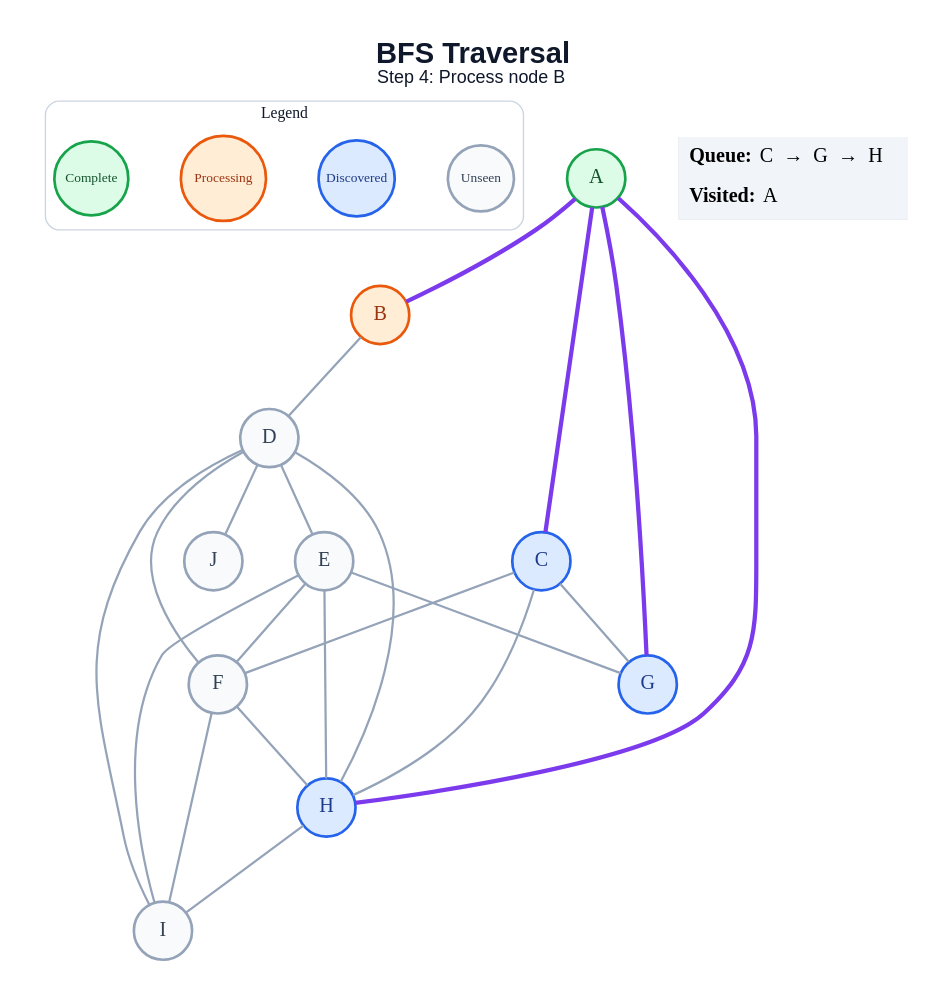
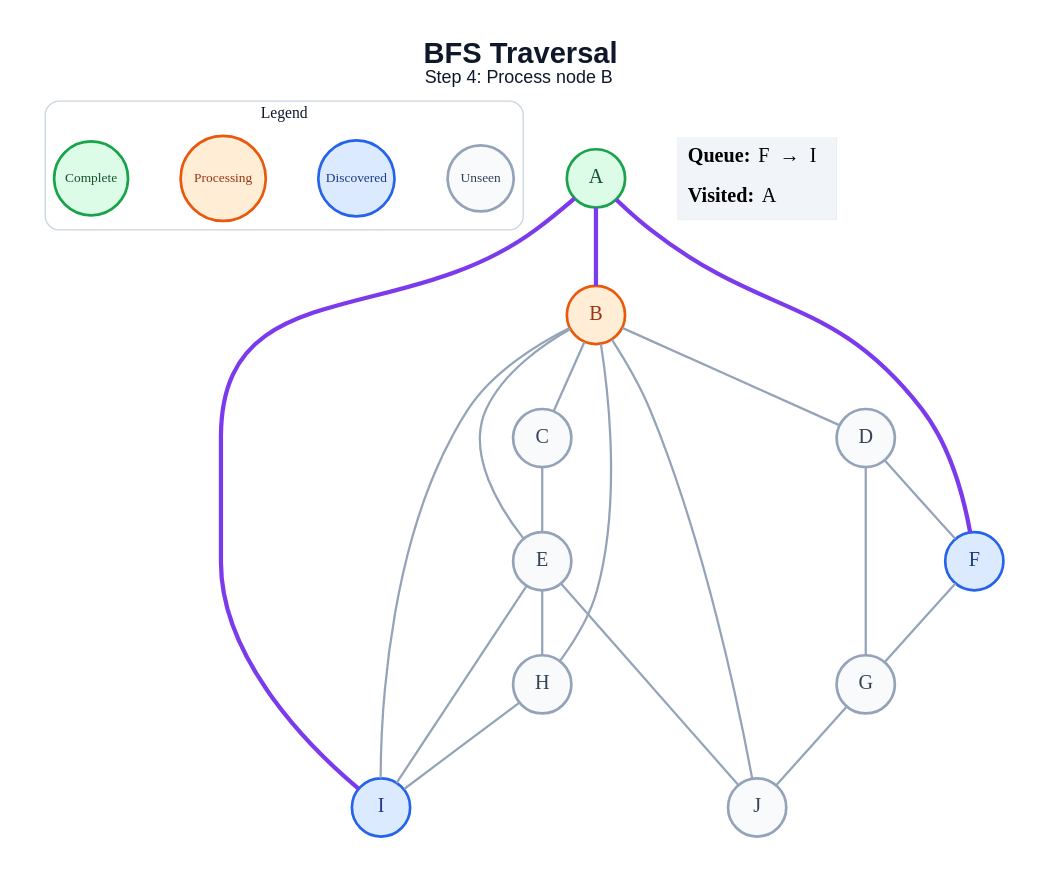
One commit to amanghodawala9/ai-slop changed the diagram in generated/bfs/step_04.dot. Above: the diagram before and after it, drawn with Graphviz. The commit also changed 178 other files, not shown here.

```diff
--- a/generated/bfs/step_04.dot
+++ b/generated/bfs/step_04.dot
@@ -1,49 +1,47 @@
 graph traversal {
   graph [layout=dot, rankdir=TB, bgcolor="#FFFFFF", pad="0.35", nodesep="0.65", ranksep="0.8", fontname="Arial"];
   node [shape=circle, style="filled", fontname="Arial Bold", fontsize=18, width=0.72, fixedsize=true, penwidth=2.4];
   edge [color="#94A3B8", penwidth=2.0];
   label=<<B>BFS Traversal</B><BR/><FONT POINT-SIZE="16">Step 4: Process node B</FONT>>; labelloc="t"; fontsize=26; fontname="Arial"; fontcolor="#0F172A";
   subgraph cluster_legend { label="Legend"; color="#CBD5E1"; penwidth=1.2; style="rounded"; fontsize=14; fontname="Arial Bold";
     key_unseen [label="Unseen", fillcolor="#F8FAFC", color="#94A3B8", fontcolor="#334155", fontsize=12, width=0.82];
     key_frontier [label="Discovered", fillcolor="#DBEAFE", color="#2563EB", fontcolor="#1E3A8A", fontsize=12, width=0.95];
     key_current [label="Processing", fillcolor="#FFEDD5", color="#EA580C", fontcolor="#9A3412", fontsize=12, width=1.05];
     key_done [label="Complete", fillcolor="#DCFCE7", color="#16A34A", fontcolor="#14532D", fontsize=12, width=0.92];
     { rank=same; key_unseen; key_frontier; key_current; key_done; }
   }
   A [fillcolor="#DCFCE7", color="#16A34A", fontcolor="#14532D"];
   B [fillcolor="#FFEDD5", color="#EA580C", fontcolor="#9A3412"];
-  C [fillcolor="#DBEAFE", color="#2563EB", fontcolor="#1E3A8A"];
+  C [fillcolor="#F8FAFC", color="#94A3B8", fontcolor="#334155"];
   D [fillcolor="#F8FAFC", color="#94A3B8", fontcolor="#334155"];
   E [fillcolor="#F8FAFC", color="#94A3B8", fontcolor="#334155"];
-  F [fillcolor="#F8FAFC", color="#94A3B8", fontcolor="#334155"];
-  G [fillcolor="#DBEAFE", color="#2563EB", fontcolor="#1E3A8A"];
-  H [fillcolor="#DBEAFE", color="#2563EB", fontcolor="#1E3A8A"];
-  I [fillcolor="#F8FAFC", color="#94A3B8", fontcolor="#334155"];
+  F [fillcolor="#DBEAFE", color="#2563EB", fontcolor="#1E3A8A"];
+  G [fillcolor="#F8FAFC", color="#94A3B8", fontcolor="#334155"];
+  H [fillcolor="#F8FAFC", color="#94A3B8", fontcolor="#334155"];
+  I [fillcolor="#DBEAFE", color="#2563EB", fontcolor="#1E3A8A"];
   J [fillcolor="#F8FAFC", color="#94A3B8", fontcolor="#334155"];
   A -- B [color="#7C3AED", penwidth=3.8];
-  A -- C [color="#7C3AED", penwidth=3.8];
-  A -- G [color="#7C3AED", penwidth=3.8];
-  A -- H [color="#7C3AED", penwidth=3.8];
+  A -- F [color="#7C3AED", penwidth=3.8];
+  A -- I [color="#7C3AED", penwidth=3.8];
+  B -- C;
   B -- D;
-  C -- F;
-  C -- G;
-  C -- H;
-  D -- E;
+  B -- E;
+  B -- H;
+  B -- I;
+  B -- J;
+  C -- E;
   D -- F;
-  D -- H;
-  D -- I;
-  D -- J;
-  E -- F;
-  E -- G;
+  D -- G;
   E -- H;
   E -- I;
-  F -- H;
-  F -- I;
+  E -- J;
+  F -- G;
+  G -- J;
   H -- I;
   status [shape=plain, fixedsize=false, width=0, height=0, margin=0, label=<
     <TABLE BORDER="0" CELLBORDER="0" CELLPADDING="7" BGCOLOR="#F1F5F9">
-      <TR><TD ALIGN="LEFT"><B>Queue:</B> C  →  G  →  H</TD></TR>
+      <TR><TD ALIGN="LEFT"><B>Queue:</B> F  →  I</TD></TR>
       <TR><TD ALIGN="LEFT"><B>Visited:</B> A</TD></TR>
     </TABLE>
   >];
 }
```
